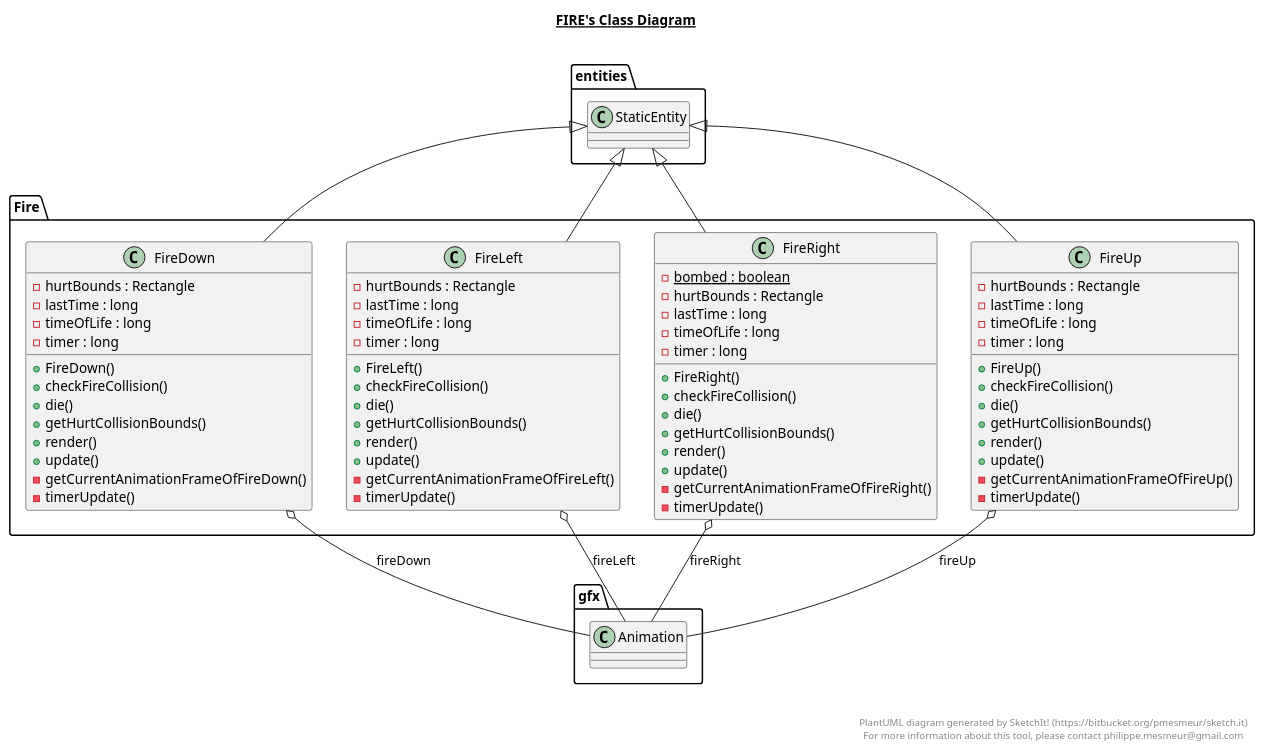
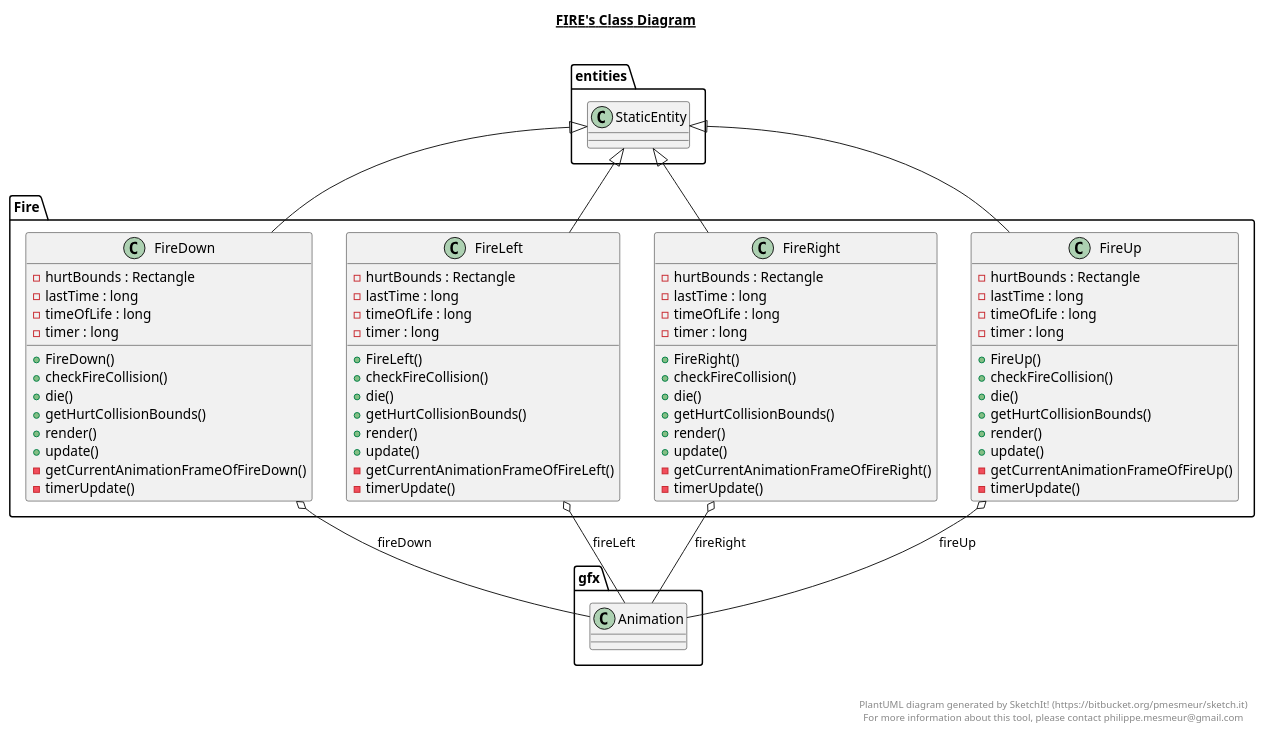
The diagram in src/Fire/Fire.plantuml (mxdzelq/Dyna_Blaster-Java), drawn with PlantUML before and after one commit. The commit also changed 53 other files, not shown here.

```diff
--- a/src/Fire/Fire.plantuml
+++ b/src/Fire/Fire.plantuml
@@ -1,95 +1,94 @@
 @startuml
 
 title __FIRE's Class Diagram__\n
 
   namespace Fire {
     class Fire.FireDown {
         - hurtBounds : Rectangle
         - lastTime : long
         - timeOfLife : long
         - timer : long
         + FireDown()
         + checkFireCollision()
         + die()
         + getHurtCollisionBounds()
         + render()
         + update()
         - getCurrentAnimationFrameOfFireDown()
         - timerUpdate()
     }
   }
   
 
   namespace Fire {
     class Fire.FireLeft {
         - hurtBounds : Rectangle
         - lastTime : long
         - timeOfLife : long
         - timer : long
         + FireLeft()
         + checkFireCollision()
         + die()
         + getHurtCollisionBounds()
         + render()
         + update()
         - getCurrentAnimationFrameOfFireLeft()
         - timerUpdate()
     }
   }
   
 
   namespace Fire {
     class Fire.FireRight {
-        {static} - bombed : boolean
         - hurtBounds : Rectangle
         - lastTime : long
         - timeOfLife : long
         - timer : long
         + FireRight()
         + checkFireCollision()
         + die()
         + getHurtCollisionBounds()
         + render()
         + update()
         - getCurrentAnimationFrameOfFireRight()
         - timerUpdate()
     }
   }
   
 
   namespace Fire {
     class Fire.FireUp {
         - hurtBounds : Rectangle
         - lastTime : long
         - timeOfLife : long
         - timer : long
         + FireUp()
         + checkFireCollision()
         + die()
         + getHurtCollisionBounds()
         + render()
         + update()
         - getCurrentAnimationFrameOfFireUp()
         - timerUpdate()
     }
   }
   
 
   Fire.FireDown -up-|> entities.StaticEntity
   Fire.FireDown o-- gfx.Animation : fireDown
   Fire.FireLeft -up-|> entities.StaticEntity
   Fire.FireLeft o-- gfx.Animation : fireLeft
   Fire.FireRight -up-|> entities.StaticEntity
   Fire.FireRight o-- gfx.Animation : fireRight
   Fire.FireUp -up-|> entities.StaticEntity
   Fire.FireUp o-- gfx.Animation : fireUp
 
 
 right footer
 
 
 PlantUML diagram generated by SketchIt! (https://bitbucket.org/pmesmeur/sketch.it)
 For more information about this tool, please contact philippe.mesmeur@gmail.com
 endfooter
 
 @enduml
```
